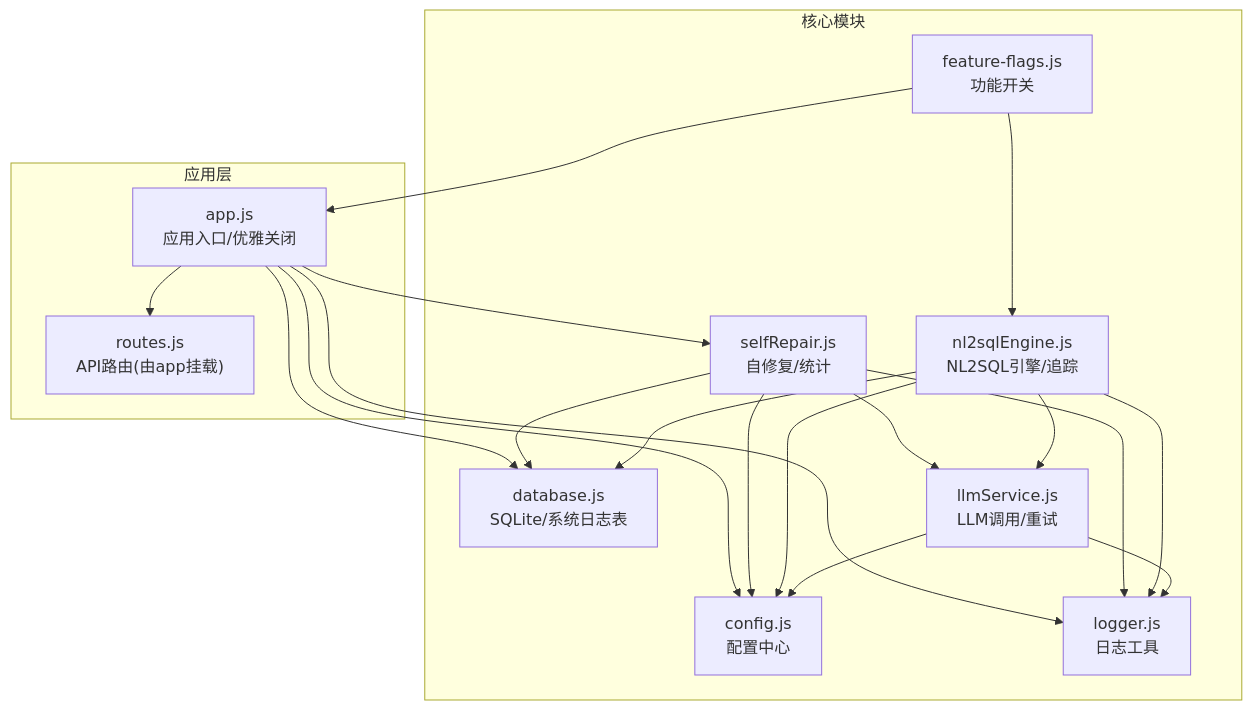
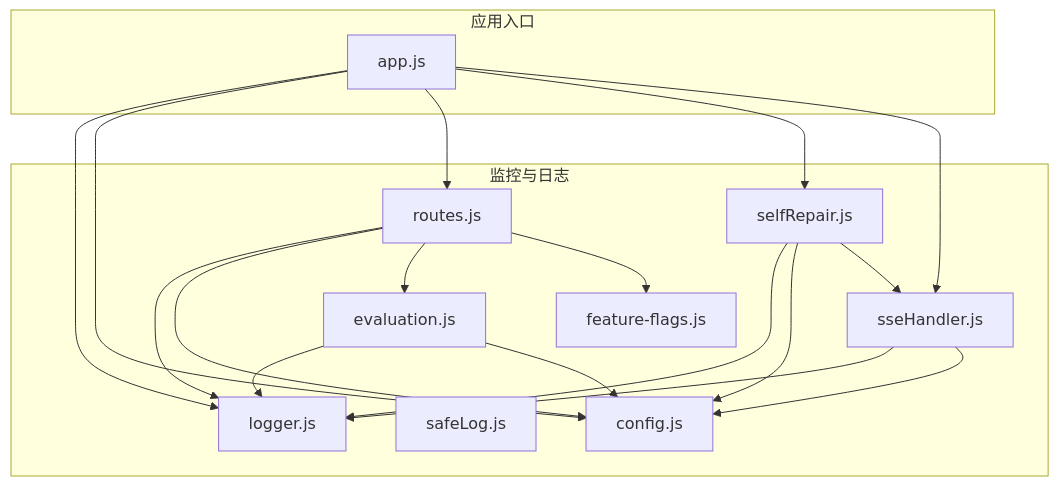
Before and after one commit to HanHuiOnLine/724-office: the first of 5 diagrams in NL2SQL/.qoder/repowiki/zh/content/部署与运维/监控与日志.md, drawn with Mermaid. The commit also changed other lines of this file and 203 other files, not shown here.

````diff
--- a/NL2SQL/.qoder/repowiki/zh/content/部署与运维/监控与日志.md
+++ b/NL2SQL/.qoder/repowiki/zh/content/部署与运维/监控与日志.md
@@ -49,33 +48,32 @@
 ```mermaid
 graph TB
-subgraph "应用层"
-APP["app.js<br/>应用入口/优雅关闭"]
-ROUTES["routes.js<br/>API路由(由app挂载)"]
+subgraph "应用入口"
+APP["app.js"]
 end
-subgraph "核心模块"
-CFG["config.js<br/>配置中心"]
-LOG["logger.js<br/>日志工具"]
-SELF["selfRepair.js<br/>自修复/统计"]
-DB["database.js<br/>SQLite/系统日志表"]
-LLM["llmService.js<br/>LLM调用/重试"]
-NLENG["nl2sqlEngine.js<br/>NL2SQL引擎/追踪"]
-FLAGS["feature-flags.js<br/>功能开关"]
+subgraph "监控与日志"
+LOGGER["logger.js"]
+SAFELOG["safeLog.js"]
+CONFIG["config.js"]
+ROUTES["routes.js"]
+SELFREPAIR["selfRepair.js"]
+EVAL["evaluation.js"]
+SSE["sseHandler.js"]
+FLAGS["feature-flags.js"]
 end
-APP --> CFG
-APP --> LOG
-APP --> SELF
-APP --> DB
+APP --> LOGGER
+APP --> CONFIG
 APP --> ROUTES
-SELF --> CFG
-SELF --> LOG
-SELF --> DB
-SELF --> LLM
-NLENG --> CFG
-NLENG --> LOG
-NLENG --> LLM
-NLENG --> DB
-LLM --> CFG
-LLM --> LOG
-FLAGS --> APP
-FLAGS --> NLENG
+APP --> SELFREPAIR
+APP --> SSE
+ROUTES --> LOGGER
+ROUTES --> CONFIG
+ROUTES --> EVAL
+ROUTES --> FLAGS
+SELFREPAIR --> LOGGER
+SELFREPAIR --> CONFIG
+SELFREPAIR --> SSE
+EVAL --> LOGGER
+EVAL --> CONFIG
+SSE --> LOGGER
+SSE --> CONFIG
 ```
````
